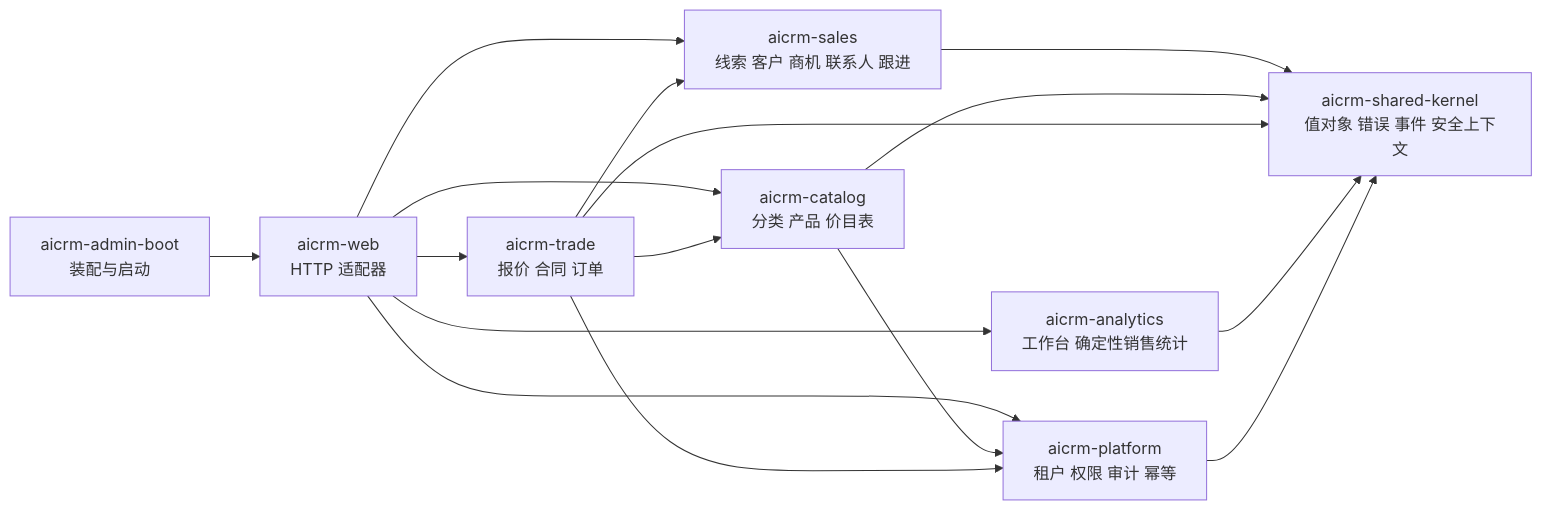
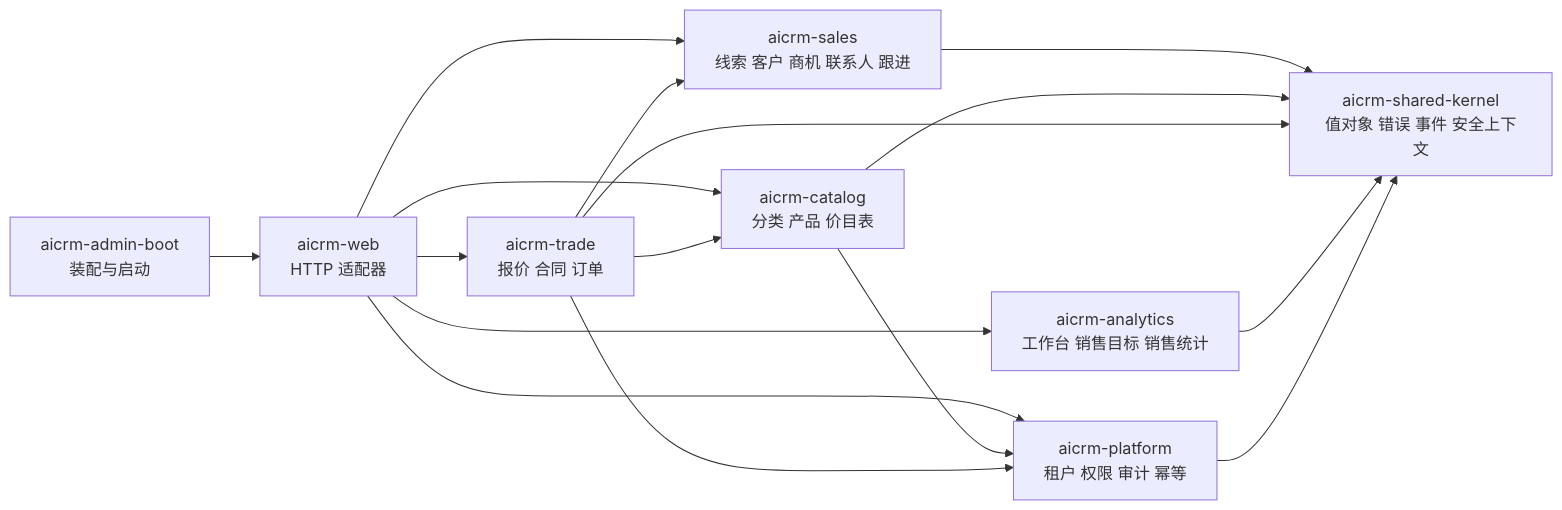
The diagram in docs/architecture/README.md (Squirtles331/AiCRM), drawn with Mermaid before and after one commit. The commit also changed other lines of this file and 23 other files, not shown here.

````diff
--- a/docs/architecture/README.md
+++ b/docs/architecture/README.md
@@ -11,18 +11,18 @@
 ```mermaid
 flowchart LR
     WEB["aicrm-web\nHTTP 适配器"] --> PLATFORM["aicrm-platform\n租户 权限 审计 幂等"]
     WEB --> SALES["aicrm-sales\n线索 客户 商机 联系人 跟进"]
     WEB --> CATALOG["aicrm-catalog\n分类 产品 价目表"]
     WEB --> TRADE["aicrm-trade\n报价 合同 订单"]
-    WEB --> ANALYTICS["aicrm-analytics\n工作台 确定性销售统计"]
+    WEB --> ANALYTICS["aicrm-analytics\n工作台 销售目标 销售统计"]
     SALES --> KERNEL["aicrm-shared-kernel\n值对象 错误 事件 安全上下文"]
     CATALOG --> KERNEL
     TRADE --> KERNEL
     ANALYTICS --> KERNEL
     PLATFORM --> KERNEL
     BOOT["aicrm-admin-boot\n装配与启动"] --> WEB
     CATALOG --> PLATFORM
     TRADE --> PLATFORM
     TRADE --> SALES
     TRADE --> CATALOG
 ```
````
